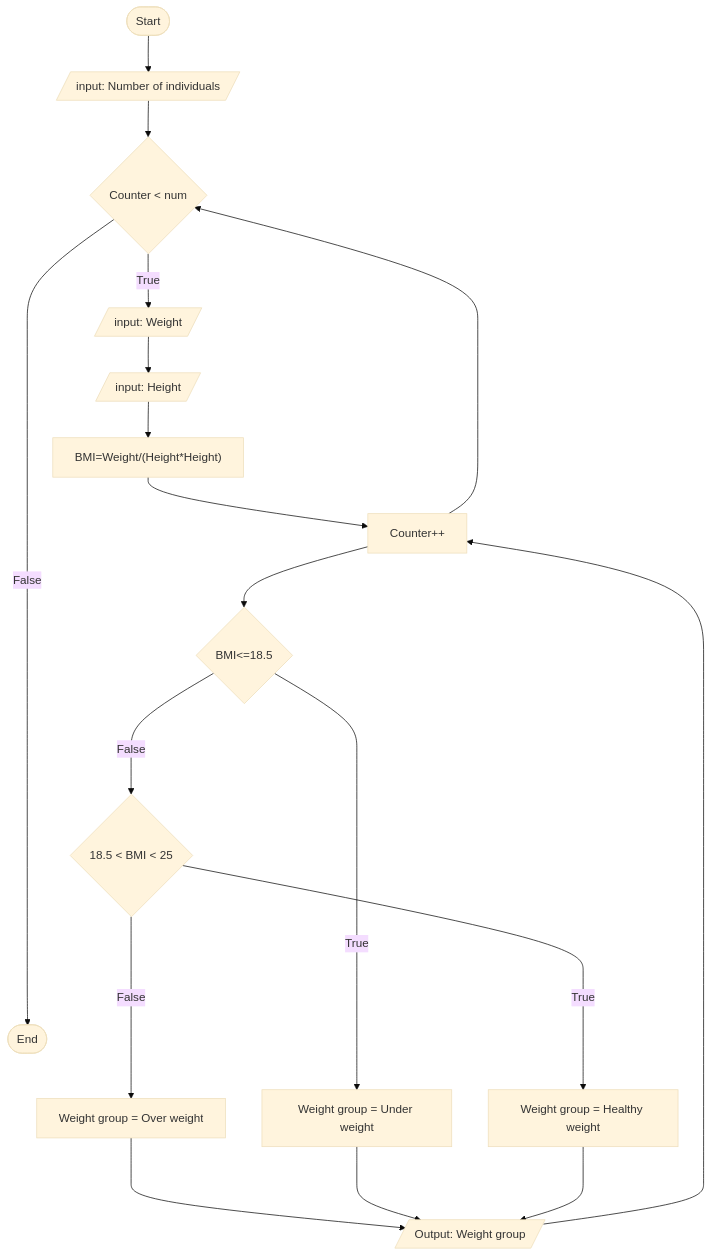
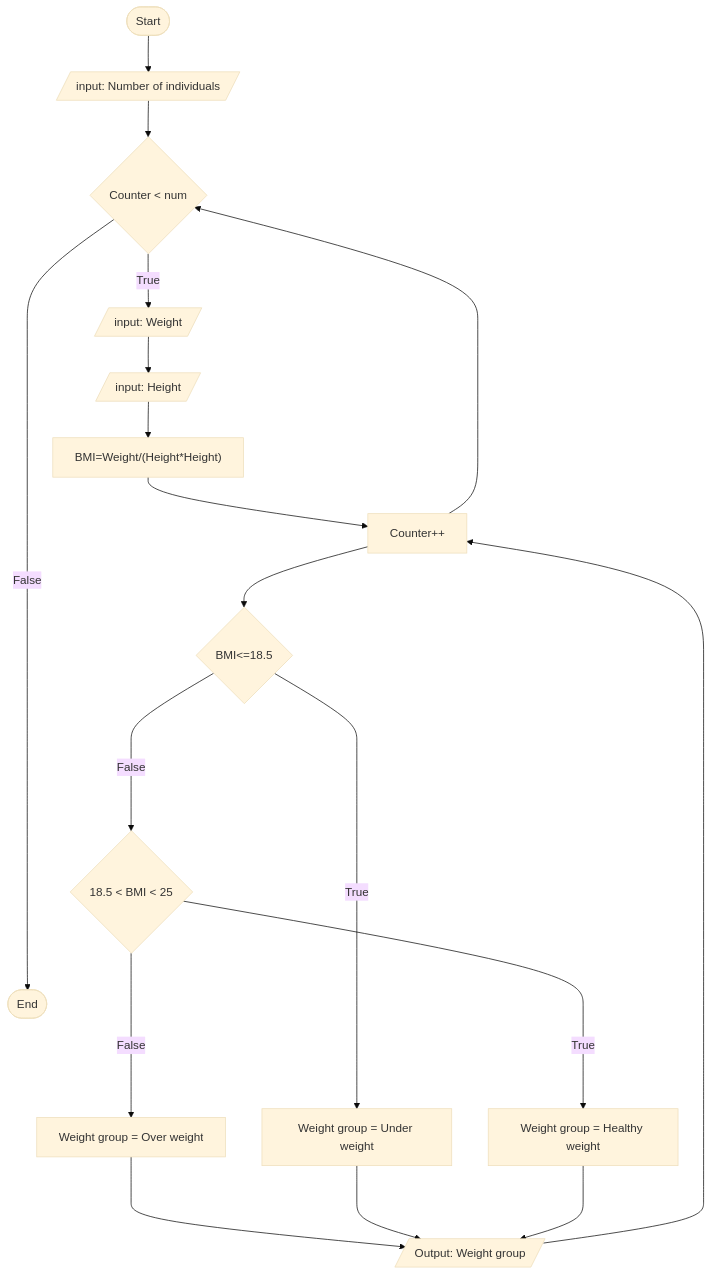
The diagram in ETS1210_Sahleselase_Asmamaw/BMI_calculator.md (SWEG-2016EC-Batch/System32), drawn with Mermaid (base theme) before and after one commit.

````diff
--- a/ETS1210_Sahleselase_Asmamaw/BMI_calculator.md
+++ b/ETS1210_Sahleselase_Asmamaw/BMI_calculator.md
@@ -37,22 +37,22 @@
 ``` mermaid
 flowchart 
 id1([Start])-->id2[/input: Number of individuals/]
 id2-->id3{Counter < num}
 
 id3--True-->id4[/input: Weight/]
 id4-->id5[/input: Height/]
 id5-->id6["BMI=Weight/(Height*Height)"] 
 id6-->id14[/Output: BMI/]
 id14-->id7{BMI<=18.5}
 id7--False--->id8{18.5 < BMI < 25}
 id8--False-->id9[Weight group = Over weight]
 id9--->id10[/Output: Weight group/]
-id7--True--->id11[Weight group = Under weight]
+id7--True------->id11[Weight group = Under weight]
 id11--->id10
 id8--True---->id12[Weight group = Healthy weight]
 id12--->id10
 
 id3--False---------->id13([End])
 id10-->id14[Counter++]
 id14-->id3
 ```
````
